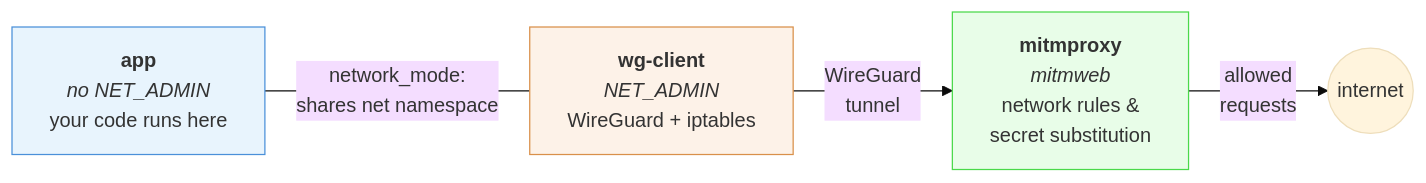
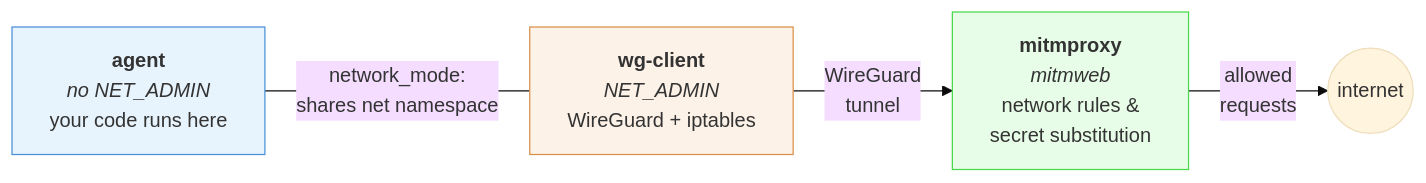
Before and after one commit to wiacekm/sandcat: the first of 3 diagrams in README.md, drawn with Mermaid (base theme). The commit also changed other lines of this file and 4 other files, not shown here.

First line of the commit message:
Rename app-home volume to agent-home for consistency with service name

````diff
--- a/README.md
+++ b/README.md
@@ -468,15 +468,15 @@
 ```mermaid
 flowchart LR
-    app["<b>app</b><br/><i>no NET_ADMIN</i><br/>your code runs here"]
+    agent["<b>agent</b><br/><i>no NET_ADMIN</i><br/>your code runs here"]
     wg["<b>wg-client</b><br/><i>NET_ADMIN</i><br/>WireGuard + iptables"]
     mitm["<b>mitmproxy</b><br/><i>mitmweb</i><br/>network rules &amp;<br/>secret substitution"]
     inet(("internet"))
 
-    app -- "network_mode:<br/>shares net namespace" --- wg
+    agent -- "network_mode:<br/>shares net namespace" --- wg
     wg -- "WireGuard<br/>tunnel" --> mitm
     mitm -- "allowed<br/>requests" --> inet
 
-    style app fill:#e8f4fd,stroke:#4a90d9
+    style agent fill:#e8f4fd,stroke:#4a90d9
     style wg fill:#fdf2e8,stroke:#d9904a
     style mitm fill:#e8fde8,stroke:#4ad94a
 ```
````
